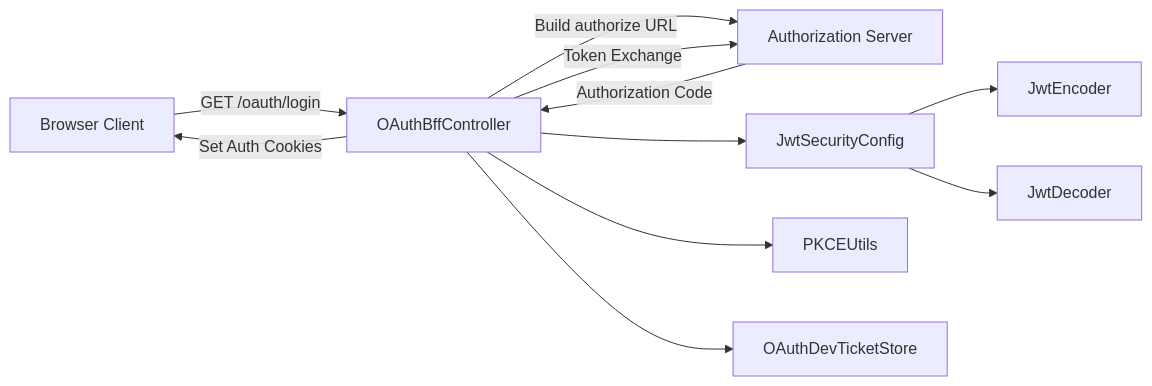
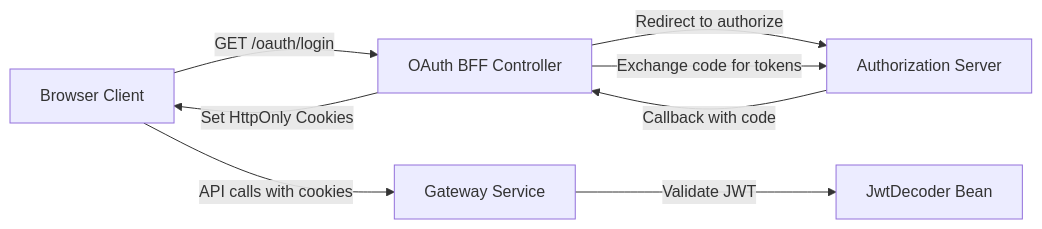
Before and after one commit to flamingo-stack/openframe-oss-lib: the diagram in docs/diagrams/architecture/security-core-and-oauth-bff.mmd, drawn with Mermaid. The commit also changed 1819 other files, not shown here.

```diff
--- a/docs/diagrams/architecture/security-core-and-oauth-bff.mmd
+++ b/docs/diagrams/architecture/security-core-and-oauth-bff.mmd
@@ -1,13 +1,9 @@
 flowchart LR
-    Browser["Browser Client"] -->|"GET /oauth/login"| BffController["OAuthBffController"]
-    BffController -->|"Build authorize URL"| AuthServer["Authorization Server"]
-    AuthServer -->|"Authorization Code"| BffController
-    BffController -->|"Token Exchange"| AuthServer
-    BffController -->|"Set Auth Cookies"| Browser
+    Browser["Browser Client"] -->|"GET /oauth/login"| Bff["OAuth BFF Controller"]
+    Bff -->|"Redirect to authorize"| AuthServer["Authorization Server"]
+    AuthServer -->|"Callback with code"| Bff
+    Bff -->|"Exchange code for tokens"| AuthServer
+    Bff -->|"Set HttpOnly Cookies"| Browser
 
-    BffController --> JwtSecurity["JwtSecurityConfig"]
-    JwtSecurity --> JwtEncoder["JwtEncoder"]
-    JwtSecurity --> JwtDecoder["JwtDecoder"]
-
-    BffController --> PKCE["PKCEUtils"]
-    BffController --> DevStore["OAuthDevTicketStore"]
+    Browser -->|"API calls with cookies"| Gateway["Gateway Service"]
+    Gateway -->|"Validate JWT"| JwtDecoder["JwtDecoder Bean"]
```
